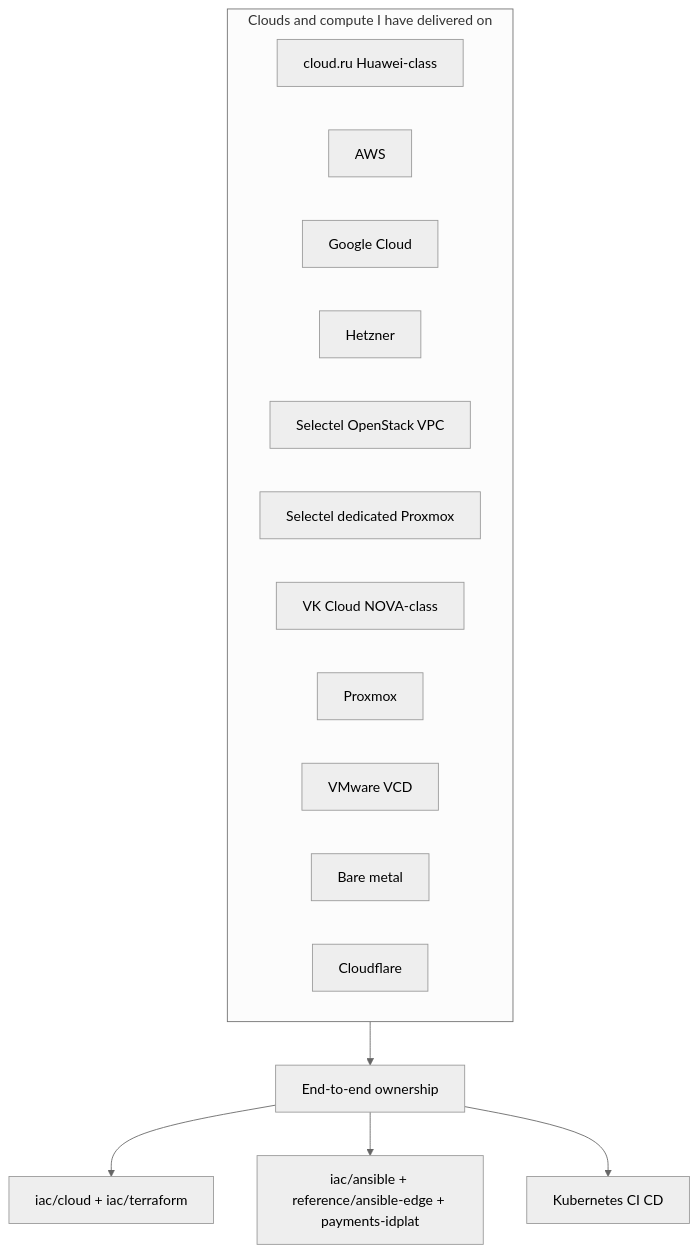
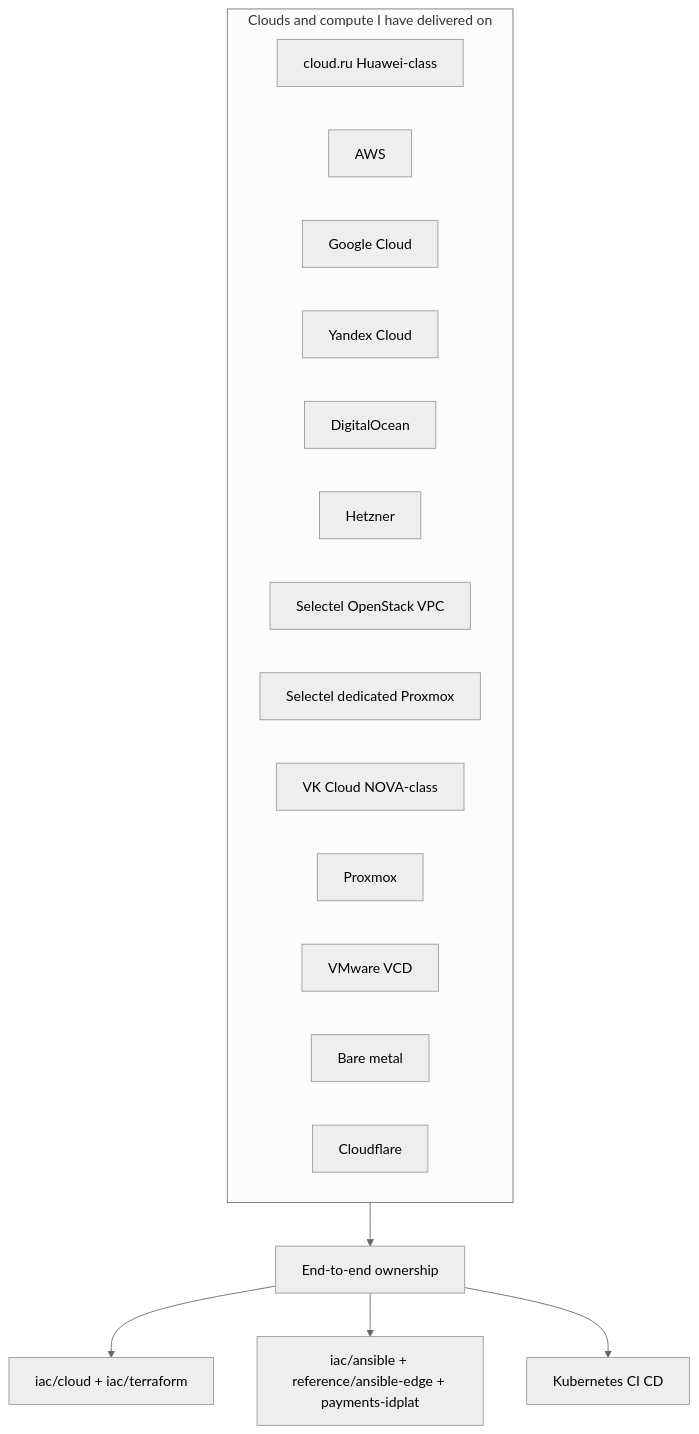
The first of 4 diagrams in README.md (NarberallGamma/narberall-platform-engineer-lab), drawn with Mermaid (neutral theme) before and after one commit. The commit also changed other lines of this file and 5 other files, not shown here.

````diff
--- a/README.md
+++ b/README.md
@@ -74,20 +74,22 @@
 ```mermaid
 flowchart TB
   subgraph clouds [Clouds and compute I have delivered on]
     CR[cloud.ru Huawei-class]
     AWS[AWS]
     GCP[Google Cloud]
+    YC[Yandex Cloud]
+    DO[DigitalOcean]
     HZ[Hetzner]
     OS[Selectel OpenStack VPC]
     SELD[Selectel dedicated Proxmox]
     VK[VK Cloud NOVA-class]
     PX[Proxmox]
     VM[VMware VCD]
     BM[Bare metal]
     CF[Cloudflare]
   end
   clouds --> Own[End-to-end ownership]
   Own --> IaC[iac/cloud + iac/terraform]
   Own --> ANS[iac/ansible + reference/ansible-edge + payments-idplat]
   Own --> K8s[Kubernetes CI CD]
 ```
````
